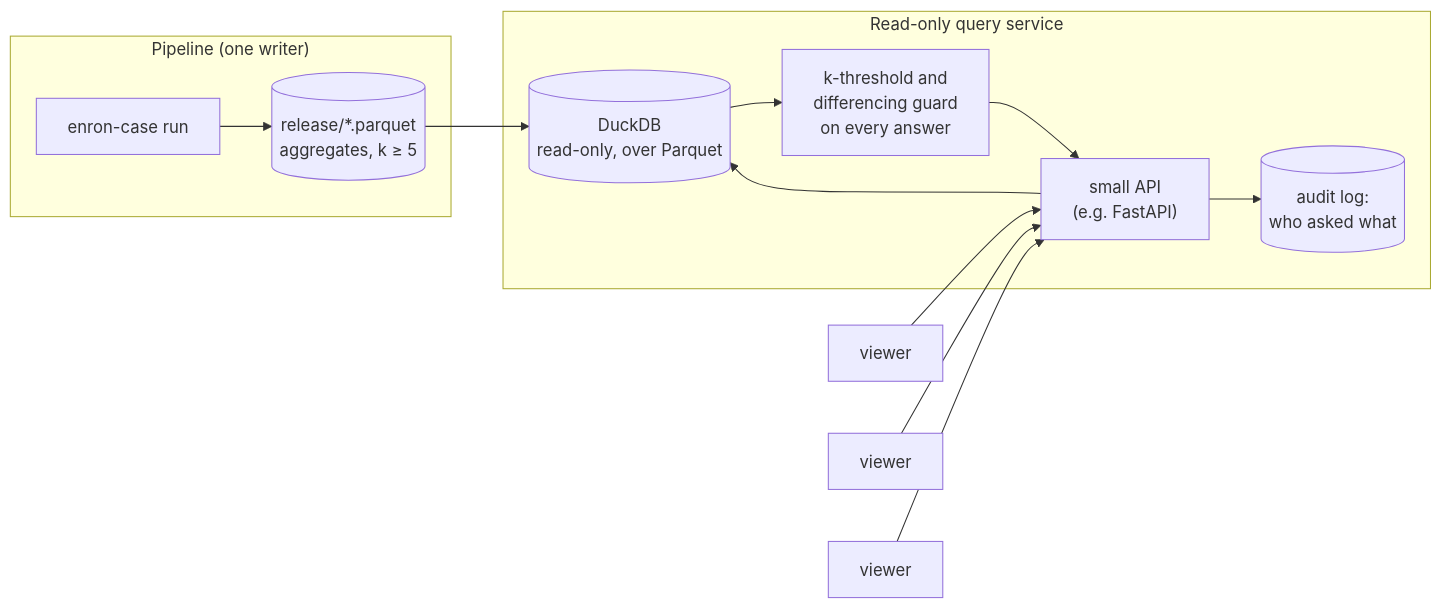
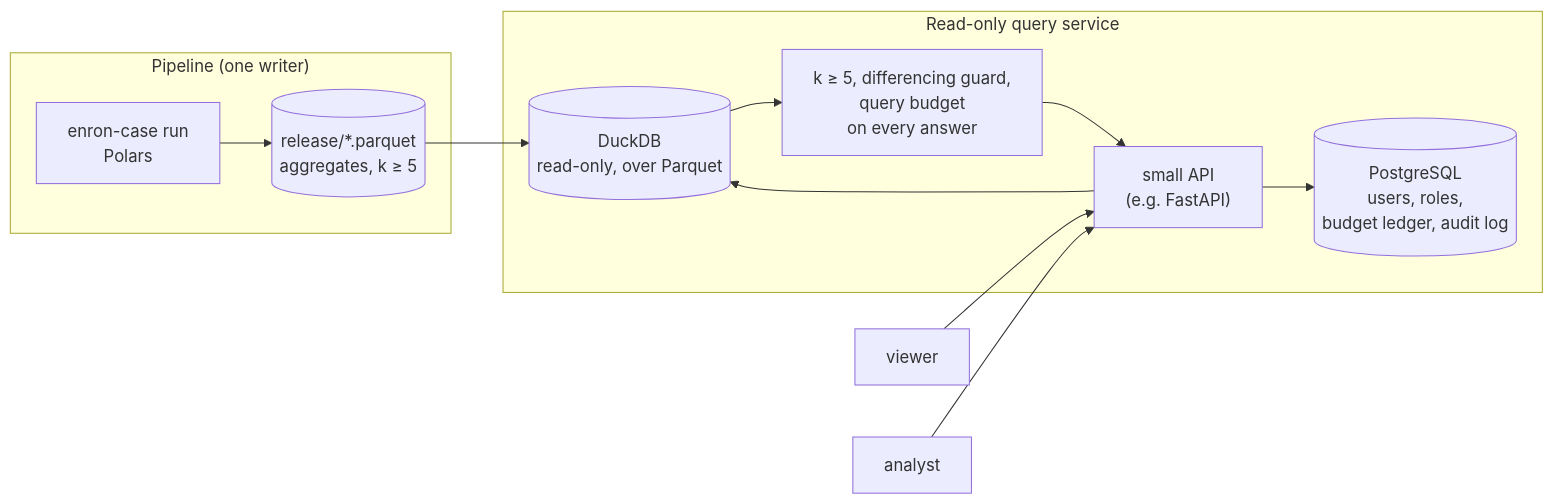
The seventh of 8 diagrams in docs/technical-overview.md (marcusvieira88/network-science), drawn with Mermaid before and after one commit. The commit also changed other lines of this file and 1 other file, not shown here.

First line of the commit message:
Docs: bring the technical overview's next steps in line with the README roadmap

````diff
--- a/docs/technical-overview.md
+++ b/docs/technical-overview.md
@@ -655,18 +718,17 @@
 ```mermaid
 flowchart LR
     subgraph Pipeline["Pipeline (one writer)"]
-        RUN["enron-case run"] --> PQ[("release/*.parquet<br/>aggregates, k ≥ 5")]
+        RUN["enron-case run<br/>Polars"] --> PQ[("release/*.parquet<br/>aggregates, k ≥ 5")]
     end
     subgraph Service["Read-only query service"]
         API["small API<br/>(e.g. FastAPI)"]
         DB[("DuckDB<br/>read-only, over Parquet")]
-        K["k-threshold and<br/>differencing guard<br/>on every answer"]
-        AUD[("audit log:<br/>who asked what")]
+        K["k ≥ 5, differencing guard,<br/>query budget<br/>on every answer"]
+        PG[("PostgreSQL<br/>users, roles,<br/>budget ledger, audit log")]
     end
     PQ --> DB
     API --> DB --> K --> API
-    API --> AUD
+    API --> PG
     U1[viewer] --> API
-    U2[viewer] --> API
-    U3[viewer] --> API
+    U2[analyst] --> API
 ```
````
